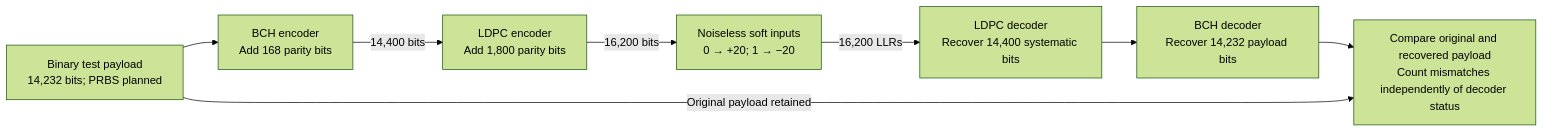
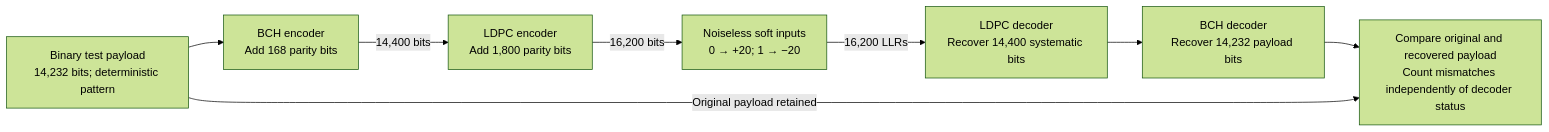
Before and after one commit to mgarcia01752/merlin: the diagram in docs/user/fec-codec.md, drawn with Mermaid (forest theme). The commit also changed other lines of this file and 18 other files, not shown here.

````diff
--- a/docs/user/fec-codec.md
+++ b/docs/user/fec-codec.md
@@ -29,17 +30,17 @@
 ```mermaid
 flowchart LR
-    SOURCE["Binary test payload<br/>14,232 bits; PRBS planned"]
+    SOURCE["Binary test payload<br/>14,232 bits; deterministic pattern"]
     BCHENC["BCH encoder<br/>Add 168 parity bits"]
     LDPCENC["LDPC encoder<br/>Add 1,800 parity bits"]
     SOFT["Noiseless soft inputs<br/>0 → +20; 1 → −20"]
     LDPCDEC["LDPC decoder<br/>Recover 14,400 systematic bits"]
     BCHDEC["BCH decoder<br/>Recover 14,232 payload bits"]
     COMPARE["Compare original and recovered payload<br/>Count mismatches independently of decoder status"]
 
     SOURCE --> BCHENC
     BCHENC -->|"14,400 bits"| LDPCENC
     LDPCENC -->|"16,200 bits"| SOFT
     SOFT -->|"16,200 LLRs"| LDPCDEC
     LDPCDEC --> BCHDEC --> COMPARE
     SOURCE -->|"Original payload retained"| COMPARE
 ```
````
